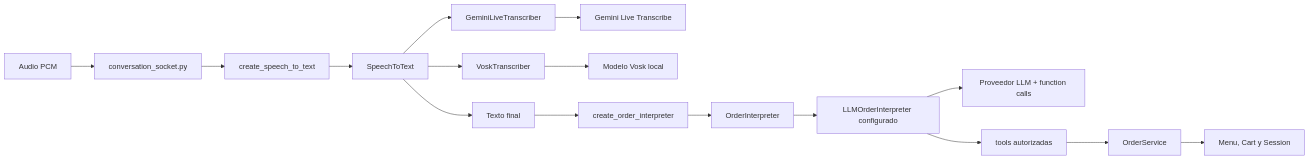
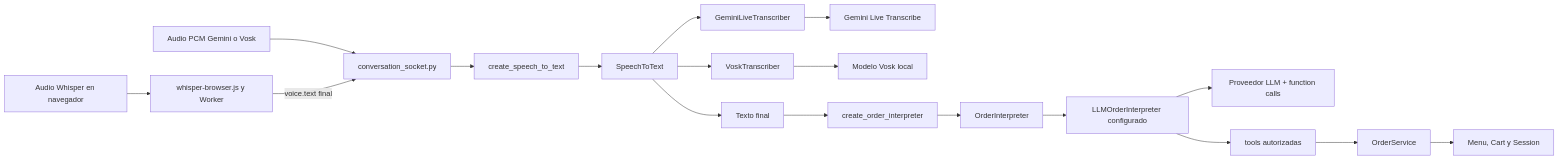
The third of 3 diagrams in docs/arquitectura.md (gsierra1/self_order), drawn with Mermaid before and after one commit. The commit also changed other lines of this file and 16 other files, not shown here.

Commit message:
Incorpora Whisper local como alternativa de voz en navegador

````diff
--- a/docs/arquitectura.md
+++ b/docs/arquitectura.md
@@ -464,18 +464,20 @@
 ```mermaid
 flowchart LR
-    A[Audio PCM] --> CS[conversation_socket.py]
+    A[Audio PCM Gemini o Vosk] --> CS[conversation_socket.py]
+    WB[Audio Whisper en navegador] --> WW[whisper-browser.js y Worker]
+    WW -->|voice.text final| CS
     CS --> F1[create_speech_to_text]
     F1 --> C1[SpeechToText]
     C1 --> G1[GeminiLiveTranscriber]
     G1 --> GT[Gemini Live Transcribe]
     C1 --> V1[VoskTranscriber]
     V1 --> VM[Modelo Vosk local]
     C1 --> T[Texto final]
     T --> F2[create_order_interpreter]
     F2 --> C2[OrderInterpreter]
     C2 --> G2[LLMOrderInterpreter configurado]
     G2 --> GC[Proveedor LLM + function calls]
     G2 --> TO[tools autorizadas]
     TO --> OS[OrderService]
     OS --> CA[Menu, Cart y Session]
 ```
````
